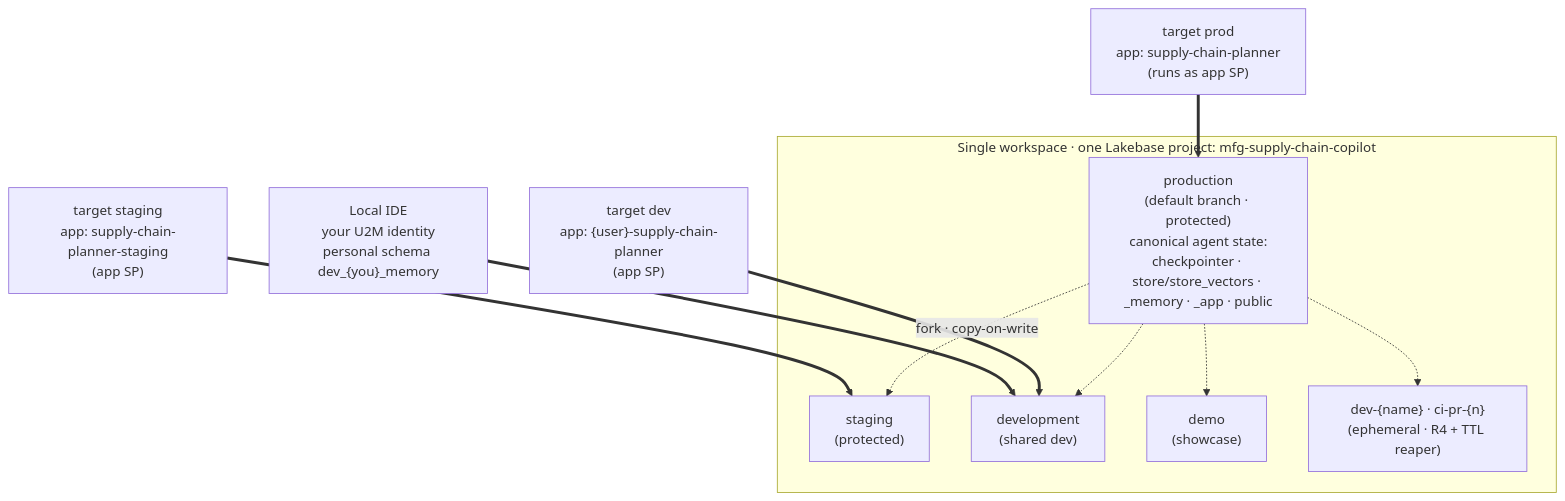
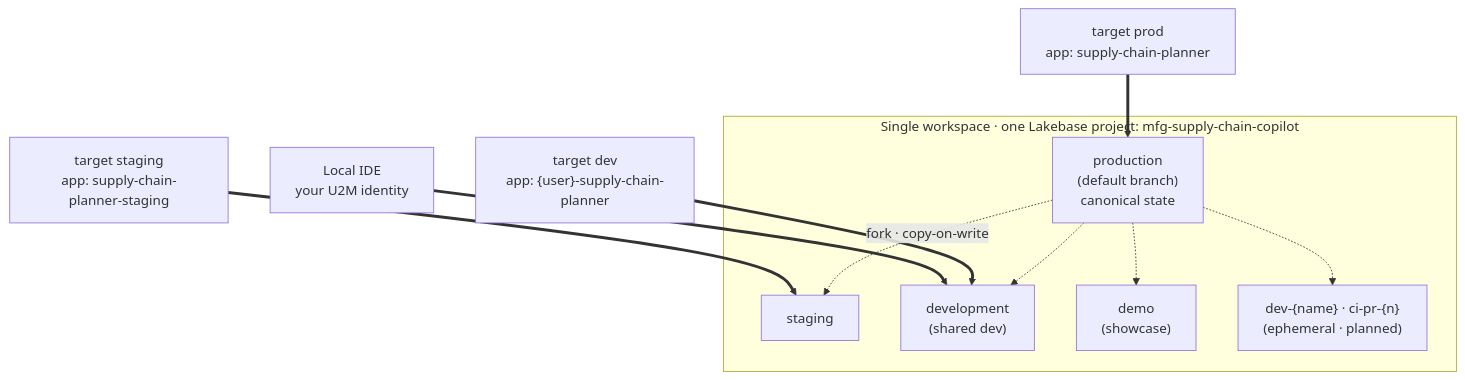
One commit to databricks-solutions/lakebase-for-ai-developers changed the first of 2 diagrams in docs/state-lifecycle.md. Above: the diagram before and after it, drawn with Mermaid. The commit also changed other lines of this file, not shown here.

````diff
--- a/docs/state-lifecycle.md
+++ b/docs/state-lifecycle.md
@@ -31,19 +24,19 @@
 ```mermaid
 flowchart TB
     subgraph WS["Single workspace · one Lakebase project: mfg-supply-chain-copilot"]
-        PROD["production<br/>(default branch · protected)<br/>canonical agent state:<br/>checkpointer · store/store_vectors · _memory · _app · public"]
-        STG["staging<br/>(protected)"]
+        PROD["production<br/>(default branch)<br/>canonical state"]
+        STG["staging"]
         DEV["development<br/>(shared dev)"]
         DEMO["demo<br/>(showcase)"]
-        EPH["dev-{name} · ci-pr-{n}<br/>(ephemeral · R4 + TTL reaper)"]
+        EPH["dev-{name} · ci-pr-{n}<br/>(ephemeral · planned)"]
         PROD -. "fork · copy-on-write" .-> STG
         PROD -.-> DEV
         PROD -.-> DEMO
         PROD -.-> EPH
     end
 
-    A1["target prod<br/>app: supply-chain-planner<br/>(runs as app SP)"] ==> PROD
-    A2["target staging<br/>app: supply-chain-planner-staging<br/>(app SP)"] ==> STG
-    A3["target dev<br/>app: {user}-supply-chain-planner<br/>(app SP)"] ==> DEV
-    A4["Local IDE<br/>your U2M identity<br/>personal schema dev_{you}_memory"] ==> DEV
+    A1["target prod<br/>app: supply-chain-planner"] ==> PROD
+    A2["target staging<br/>app: supply-chain-planner-staging"] ==> STG
+    A3["target dev<br/>app: {user}-supply-chain-planner"] ==> DEV
+    A4["Local IDE<br/>your U2M identity"] ==> DEV
 ```
````
